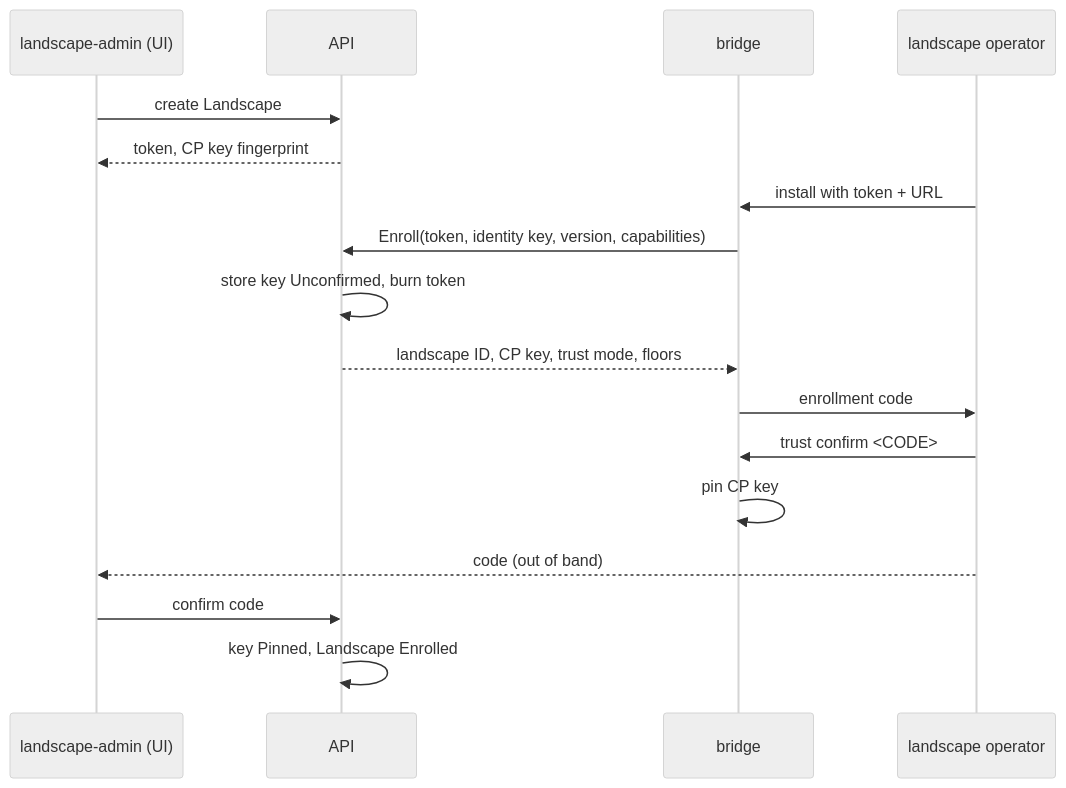
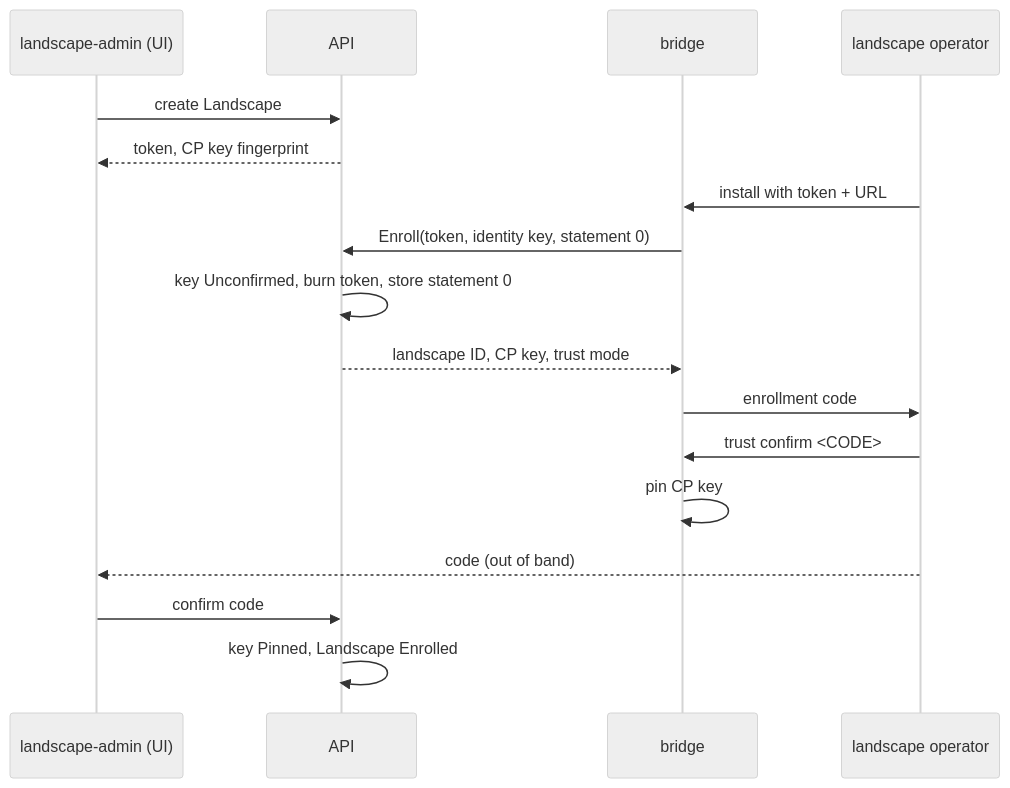
The diagram in docs/design/04-trust-and-attestation.md (nirnanaaa/konfidence), drawn with Mermaid (neutral theme) before and after one commit. The commit also changed other lines of this file and 12 other files, not shown here.

````diff
--- a/docs/design/04-trust-and-attestation.md
+++ b/docs/design/04-trust-and-attestation.md
@@ -69,19 +47,19 @@
 ```mermaid
 sequenceDiagram
     participant Ad as landscape-admin (UI)
     participant API
     participant B as bridge
     participant Op as landscape operator
     Ad->>API: create Landscape
     API-->>Ad: token, CP key fingerprint
     Op->>B: install with token + URL
-    B->>API: Enroll(token, identity key, version, capabilities)
-    API->>API: store key Unconfirmed, burn token
-    API-->>B: landscape ID, CP key, trust mode, floors
+    B->>API: Enroll(token, identity key, statement 0)
+    API->>API: key Unconfirmed, burn token, store statement 0
+    API-->>B: landscape ID, CP key, trust mode
     B->>Op: enrollment code
     Op->>B: trust confirm <CODE>
     B->>B: pin CP key
     Op-->>Ad: code (out of band)
     Ad->>API: confirm code
     API->>API: key Pinned, Landscape Enrolled
 ```
````
